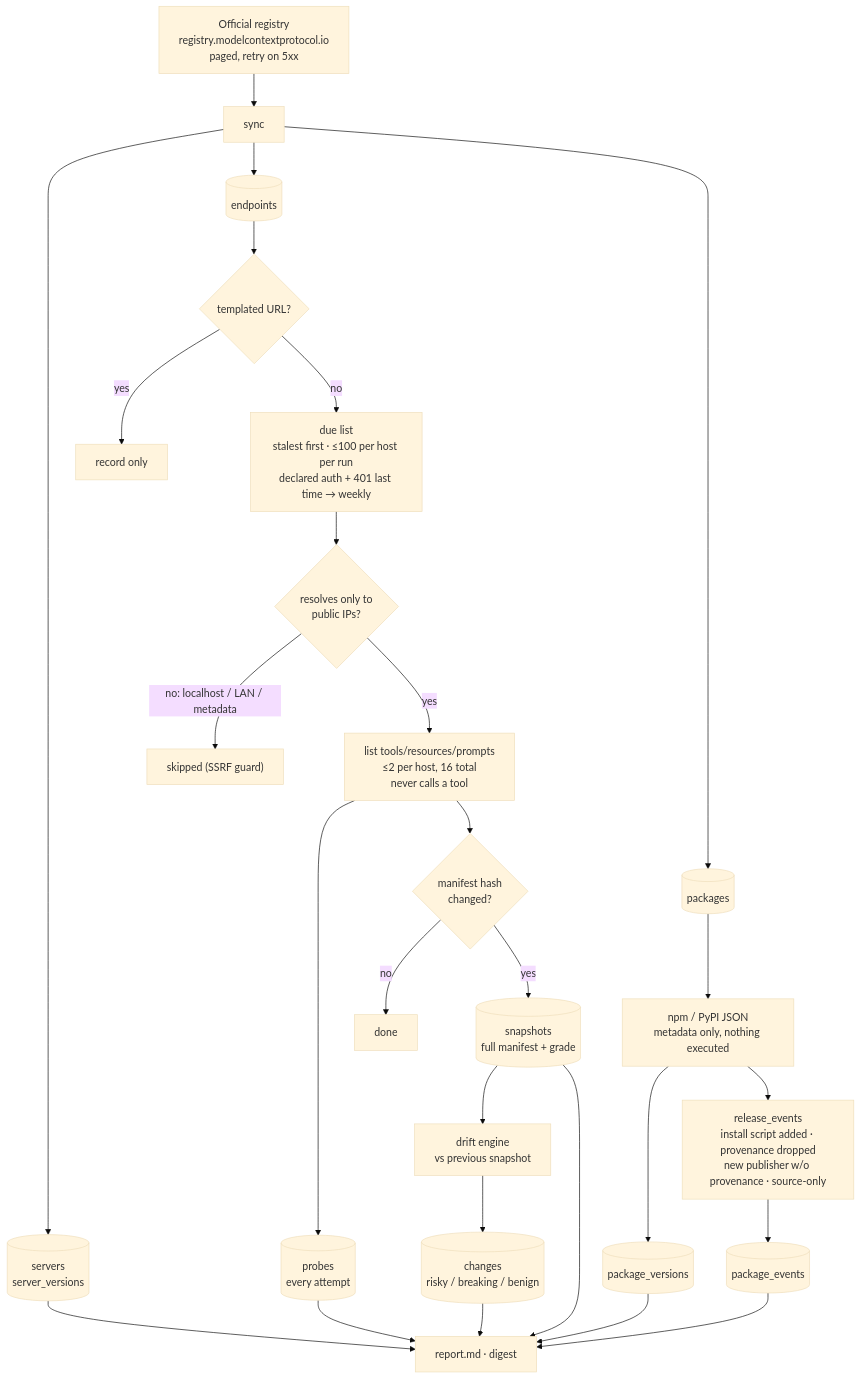
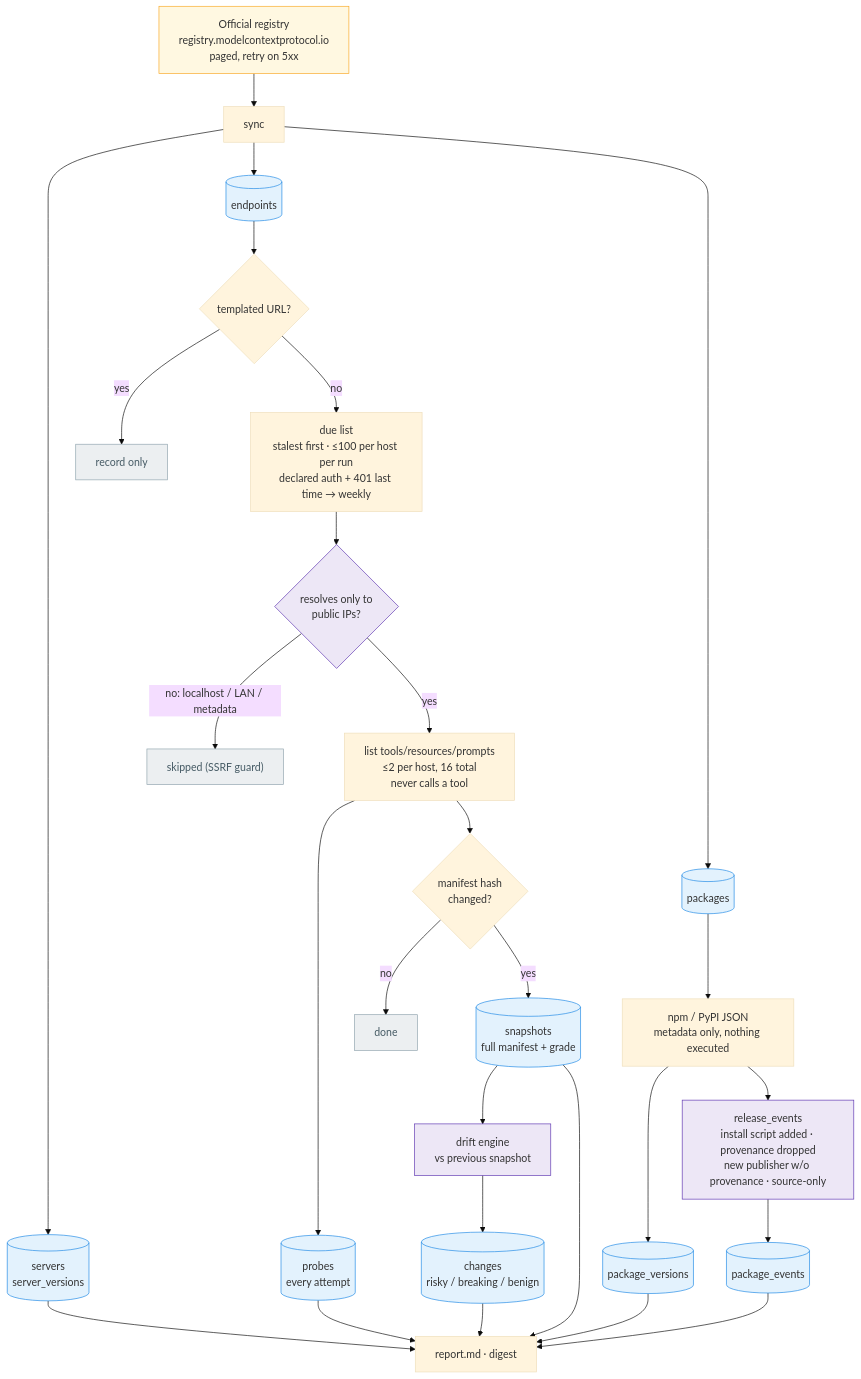
Before and after one commit to SomehowLiving/sniffmcp: the sixth of 8 diagrams in ARCHITECTURE.md, drawn with Mermaid (base theme). The commit also changed other lines of this file and 3 other files, not shown here.

Commit message:
Docs: 'Why SniffMCP' product page (MCP trust model, tool poisoning, shadowing, rug pull, defence in depth, honest limits; quotes verified against OWASP/Microsoft/ACL); colour-coded architecture diagrams

````diff
--- a/ARCHITECTURE.md
+++ b/ARCHITECTURE.md
@@ -189,27 +222,38 @@
 ```mermaid
 flowchart TD
     REG["Official registry<br/>registry.modelcontextprotocol.io<br/>paged, retry on 5xx"] --> SYNC["sync"]
     SYNC --> SV[("servers<br/>server_versions")]
     SYNC --> EP[("endpoints")]
     SYNC --> PK[("packages")]
 
     EP --> SKIP{"templated URL?"}
     SKIP -->|yes| R1["record only"]
     SKIP -->|no| DUE["due list<br/>stalest first · ≤100 per host per run<br/>declared auth + 401 last time → weekly"]
     DUE --> GUARD{"resolves only to<br/>public IPs?"}
     GUARD -->|"no: localhost / LAN / metadata"| R2["skipped (SSRF guard)"]
     GUARD -->|yes| PROBE["list tools/resources/prompts<br/>≤2 per host, 16 total<br/>never calls a tool"]
     PROBE --> PR[("probes<br/>every attempt")]
     PROBE --> HCH{"manifest hash<br/>changed?"}
     HCH -->|no| DONE["done"]
     HCH -->|yes| SNAP[("snapshots<br/>full manifest + grade")]
     SNAP --> DRIFT["drift engine<br/>vs previous snapshot"]
     DRIFT --> CH[("changes<br/>risky / breaking / benign")]
 
     PK --> META["npm / PyPI JSON<br/>metadata only, nothing executed"]
     META --> PV[("package_versions")]
     META --> EV["release_events<br/>install script added · provenance dropped<br/>new publisher w/o provenance · source-only"]
     EV --> PE[("package_events")]
 
     SV & PR & SNAP & CH & PV & PE --> REP["report.md · digest"]
+
+    classDef sniff fill:#ede7f6,stroke:#5e35b1
+    classDef bad fill:#ffebee,stroke:#e53935
+    classDef ok fill:#e8f5e9,stroke:#43a047
+    classDef muted fill:#eceff1,stroke:#90a4ae,color:#455a64
+    classDef ext fill:#fff8e1,stroke:#f9a825
+    classDef store fill:#e3f2fd,stroke:#1e88e5
+    class R1,R2,DONE muted
+    class SV,EP,PK,PR,SNAP,CH,PV,PE store
+    class GUARD,DRIFT,EV sniff
+    class REG ext
 ```
````
